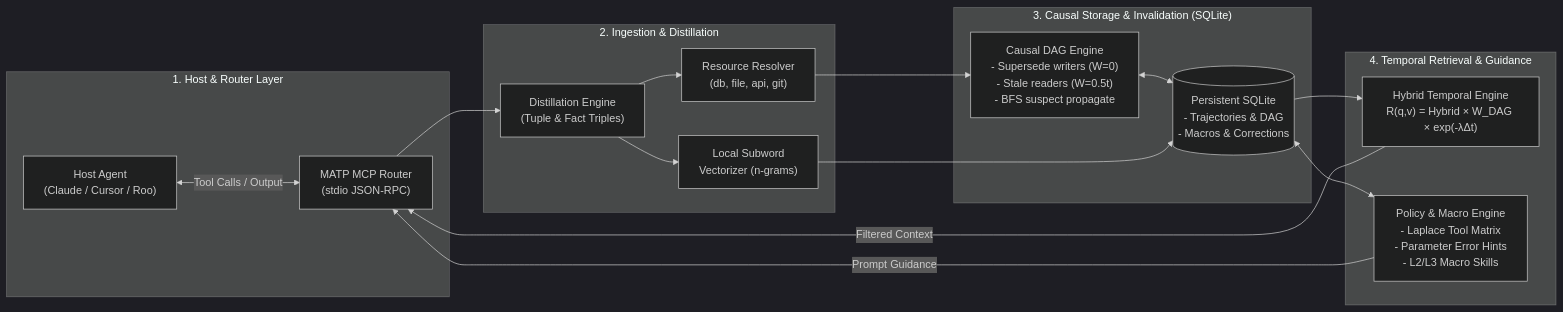
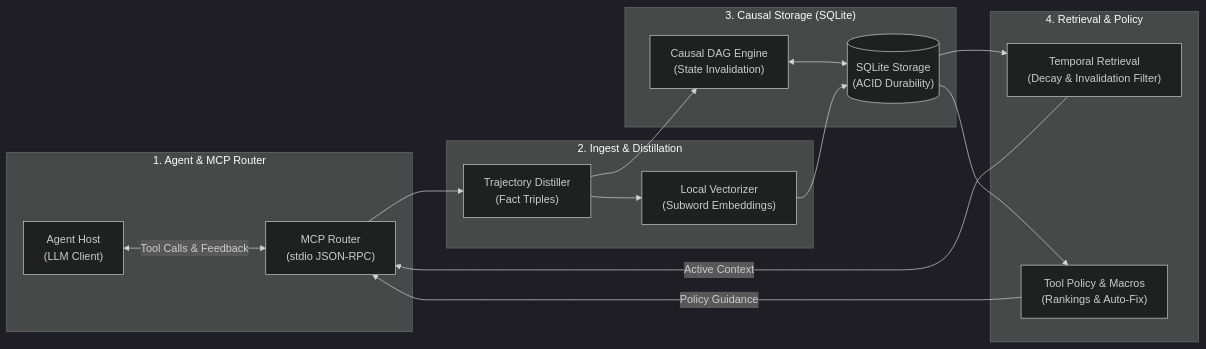
One commit to rsmyst/llmEndsem changed the diagram in report/figures/architecture_horizontal.mmd. Above: the diagram before and after it, drawn with Mermaid (dark theme). The commit also changed 17 other files, not shown here.

```diff
--- a/report/figures/architecture_horizontal.mmd
+++ b/report/figures/architecture_horizontal.mmd
@@ -1,32 +1,30 @@
 flowchart LR
-    subgraph S1 ["1. Host & Router Layer"]
-        Host["Host Agent<br/>(Claude / Cursor / Roo)"]
-        Router["MATP MCP Router<br/>(stdio JSON-RPC)"]
-        Host <-->|"Tool Calls / Output"| Router
+    subgraph S1 ["1. Agent & MCP Router"]
+        Host["Agent Host<br/>(LLM Client)"]
+        Router["MCP Router<br/>(stdio JSON-RPC)"]
+        Host <-->|"Tool Calls & Feedback"| Router
     end
 
-    subgraph S2 ["2. Ingestion & Distillation"]
-        Distill["Distillation Engine<br/>(Tuple & Fact Triples)"]
-        ResRes["Resource Resolver<br/>(db, file, api, git)"]
-        Embed["Local Subword<br/>Vectorizer (n-grams)"]
+    subgraph S2 ["2. Ingest & Distillation"]
+        Distill["Trajectory Distiller<br/>(Fact Triples)"]
+        Embed["Local Vectorizer<br/>(Subword Embeddings)"]
         Router --> Distill
-        Distill --> ResRes
         Distill --> Embed
     end
 
-    subgraph S3 ["3. Causal Storage & Invalidation (SQLite)"]
-        DAG["Causal DAG Engine<br/>- Supersede writers (W=0)<br/>- Stale readers (W=0.5t)<br/>- BFS suspect propagate"]
-        DB[("Persistent SQLite<br/>- Trajectories & DAG<br/>- Macros & Corrections")]
-        ResRes --> DAG
+    subgraph S3 ["3. Causal Storage (SQLite)"]
+        DAG["Causal DAG Engine<br/>(State Invalidation)"]
+        DB[("SQLite Storage<br/>(ACID Durability)")]
+        Distill --> DAG
         DAG <--> DB
         Embed --> DB
     end
 
-    subgraph S4 ["4. Temporal Retrieval & Guidance"]
-        Retrieval["Hybrid Temporal Engine<br/>R(q,v) = Hybrid × W_DAG × exp(-λΔt)"]
-        Policy["Policy & Macro Engine<br/>- Laplace Tool Matrix<br/>- Parameter Error Hints<br/>- L2/L3 Macro Skills"]
+    subgraph S4 ["4. Retrieval & Policy"]
+        Retrieval["Temporal Retrieval<br/>(Decay & Invalidation Filter)"]
+        Policy["Tool Policy & Macros<br/>(Rankings & Auto-Fix)"]
         DB --> Retrieval
-        DB <--> Policy
-        Retrieval -->|"Filtered Context"| Router
-        Policy -->|"Prompt Guidance"| Router
+        DB --> Policy
+        Retrieval -->|"Active Context"| Router
+        Policy -->|"Policy Guidance"| Router
     end
```
